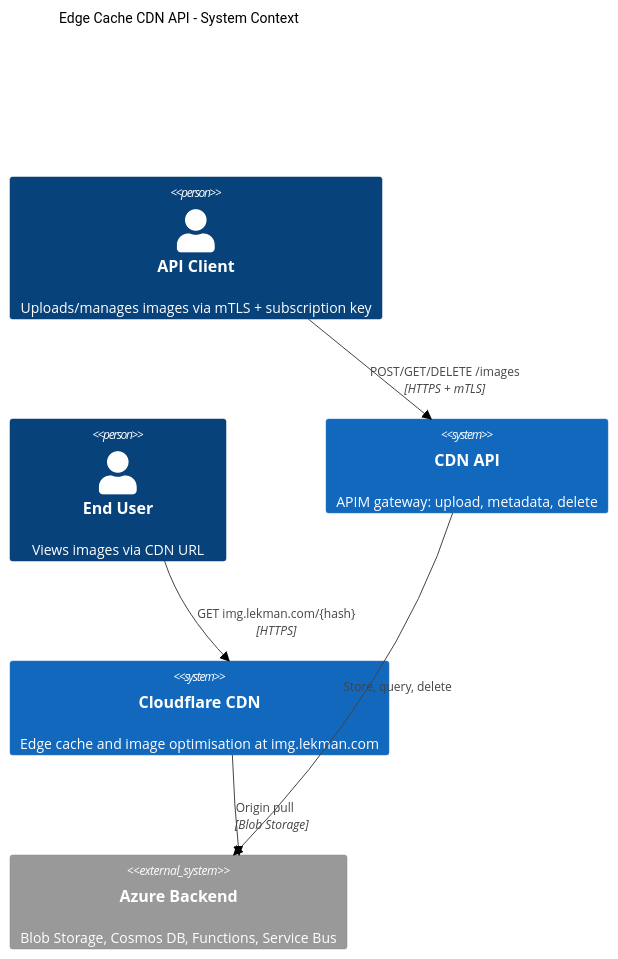
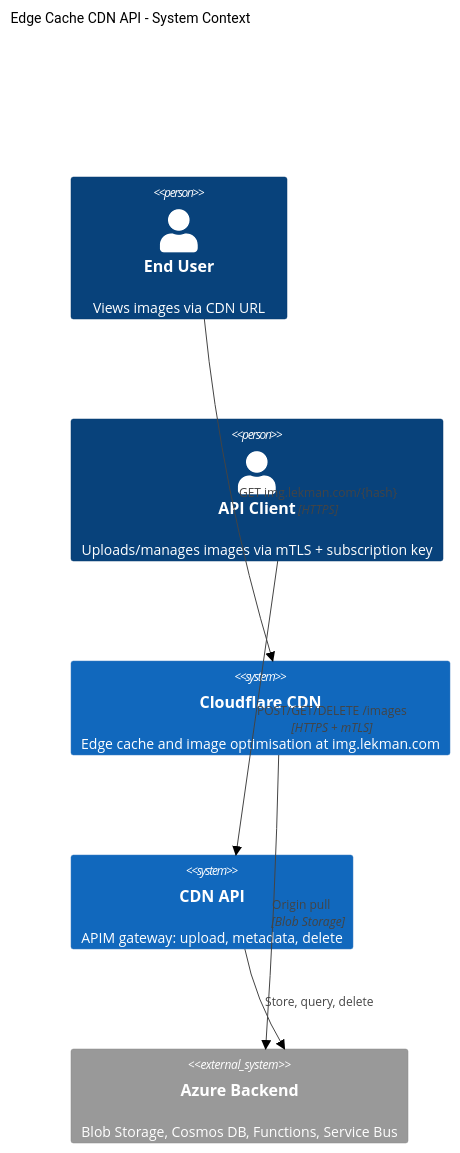
Before and after one commit to lekman/cdn: the first of 7 diagrams in docs/ARCHITECTURE.md, drawn with Mermaid. The commit also changed other lines of this file, not shown here.

Commit message:
feat(docs): update architecture diagrams and enhance component descriptions in ARCHITECTURE.md

````diff
--- a/docs/ARCHITECTURE.md
+++ b/docs/ARCHITECTURE.md
@@ -11,20 +11,22 @@
 ```mermaid
 %%{init: {'theme':'neutral', 'themeVariables': { 'primaryColor':'#e3f2fd', 'primaryTextColor':'#000', 'primaryBorderColor':'#1976d2', 'lineColor':'#616161', 'secondaryColor':'#fff3e0', 'tertiaryColor':'#f3e5f5', 'fontSize':'14px'}}}%%
 C4Context
     title Edge Cache CDN API - System Context
+    
+    Person(browser, "End User", "Views images via CDN URL")
 
     Person(client, "API Client", "Uploads/manages images via mTLS + subscription key")
-    Person(browser, "End User", "Views images via CDN URL")
+
+    System(cdn, "Cloudflare CDN", "Edge cache and image optimisation at img.lekman.com")
 
     System(api, "CDN API", "APIM gateway: upload, metadata, delete")
-    System(cdn, "Cloudflare CDN", "Edge cache and image optimisation at img.lekman.com")
 
     System_Ext(azure, "Azure Backend", "Blob Storage, Cosmos DB, Functions, Service Bus")
 
     Rel(client, api, "POST/GET/DELETE /images", "HTTPS + mTLS")
     Rel(browser, cdn, "GET img.lekman.com/{hash}", "HTTPS")
     Rel(api, azure, "Store, query, delete")
     Rel(cdn, azure, "Origin pull", "Blob Storage")
 
-    UpdateLayoutConfig($c4ShapeInRow="3", $c4BoundaryInRow="1")
+    UpdateLayoutConfig($c4ShapeInRow="2", $c4BoundaryInRow="1")
 ```
````
